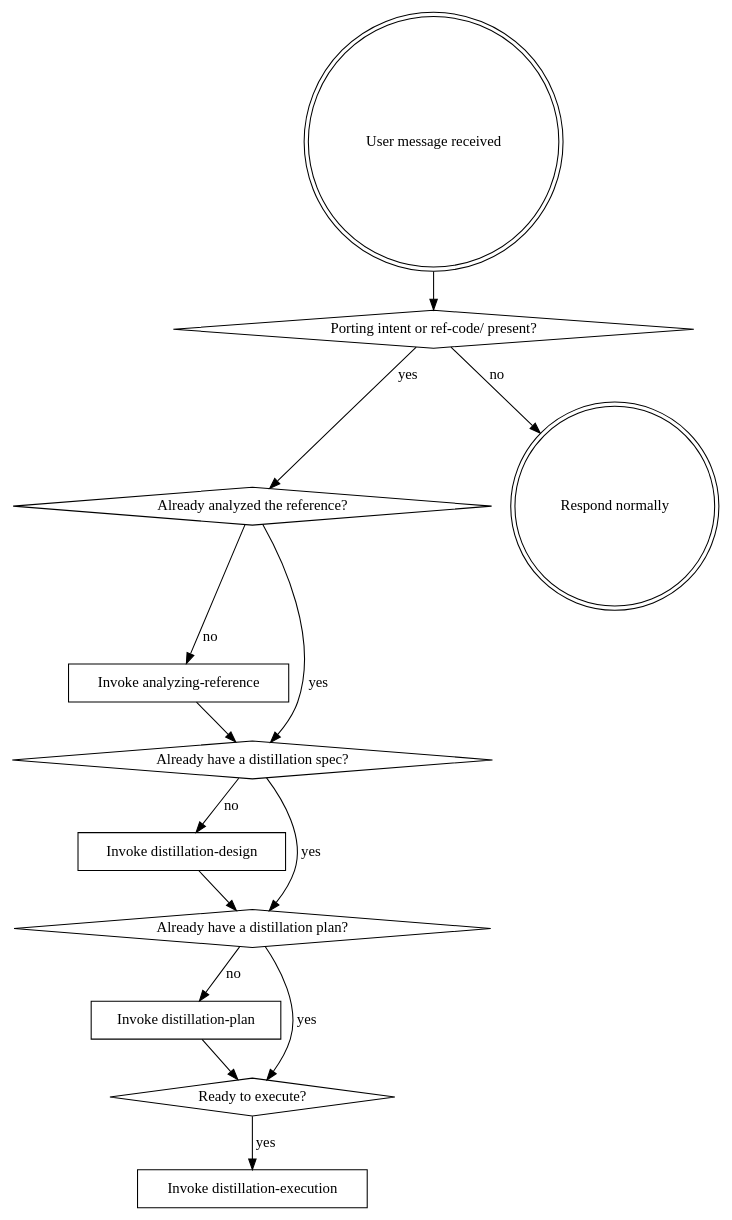
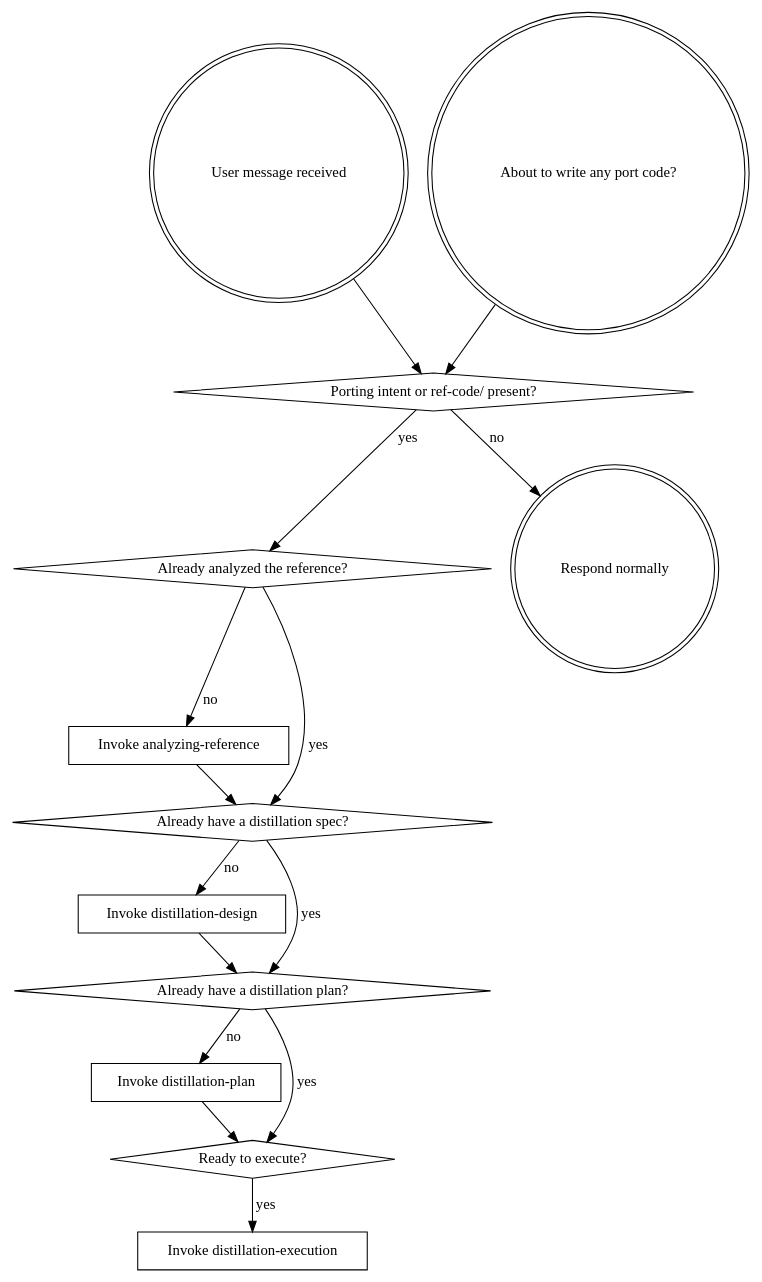
One commit to duongnghia222/code-distilling changed the diagram in skills/using-code-distilling/SKILL.md. Above: the diagram before and after it, drawn with Graphviz. The commit also changed other lines of this file and 20 other files, not shown here.

````diff
--- a/skills/using-code-distilling/SKILL.md
+++ b/skills/using-code-distilling/SKILL.md
@@ -62,29 +62,31 @@
 ```dot
 digraph distilling_flow {
     "User message received" [shape=doublecircle];
+    "About to write any port code?" [shape=doublecircle];
     "Porting intent or ref-code/ present?" [shape=diamond];
     "Already analyzed the reference?" [shape=diamond];
     "Invoke analyzing-reference" [shape=box];
     "Already have a distillation spec?" [shape=diamond];
     "Invoke distillation-design" [shape=box];
     "Already have a distillation plan?" [shape=diamond];
     "Invoke distillation-plan" [shape=box];
     "Ready to execute?" [shape=diamond];
     "Invoke distillation-execution" [shape=box];
     "Respond normally" [shape=doublecircle];
 
+    "About to write any port code?" -> "Porting intent or ref-code/ present?";
     "User message received" -> "Porting intent or ref-code/ present?";
     "Porting intent or ref-code/ present?" -> "Already analyzed the reference?" [label="yes"];
     "Porting intent or ref-code/ present?" -> "Respond normally" [label="no"];
     "Already analyzed the reference?" -> "Invoke analyzing-reference" [label="no"];
     "Already analyzed the reference?" -> "Already have a distillation spec?" [label="yes"];
     "Invoke analyzing-reference" -> "Already have a distillation spec?";
     "Already have a distillation spec?" -> "Invoke distillation-design" [label="no"];
     "Already have a distillation spec?" -> "Already have a distillation plan?" [label="yes"];
     "Invoke distillation-design" -> "Already have a distillation plan?";
     "Already have a distillation plan?" -> "Invoke distillation-plan" [label="no"];
     "Already have a distillation plan?" -> "Ready to execute?" [label="yes"];
     "Invoke distillation-plan" -> "Ready to execute?";
     "Ready to execute?" -> "Invoke distillation-execution" [label="yes"];
 }
 ```
````
